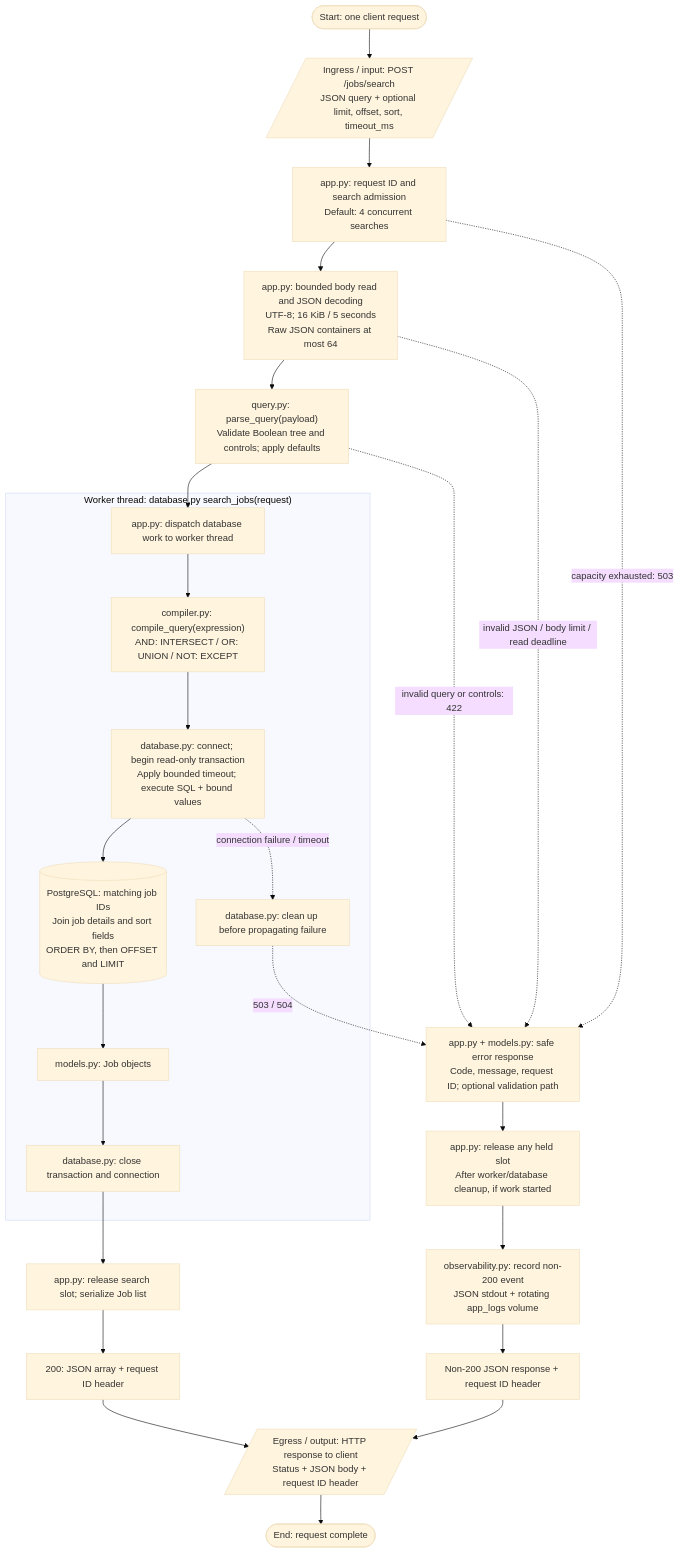
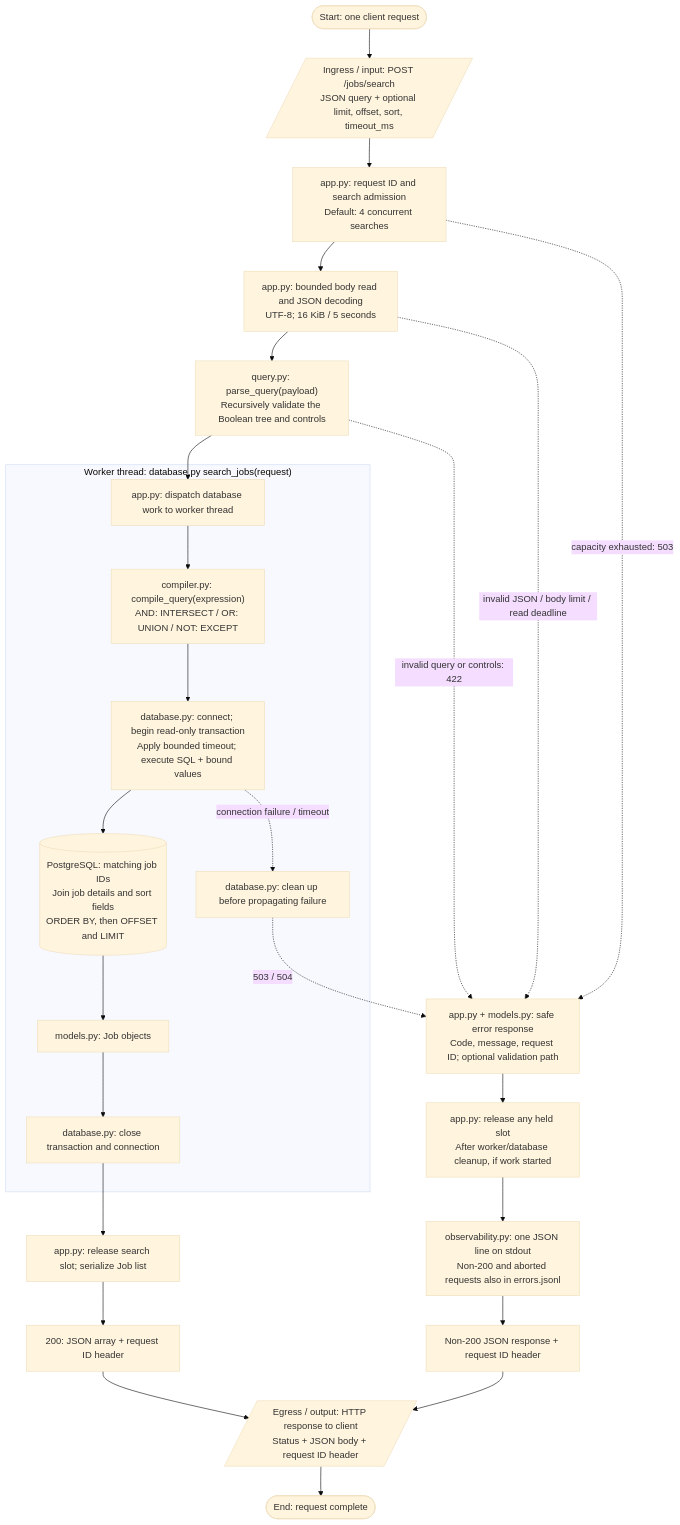
The diagram in docs/code-flow.md (XanderYoon/sumble-project), drawn with Mermaid (base theme) before and after one commit. The commit also changed other lines of this file and 5 other files, not shown here.

````diff
--- a/docs/code-flow.md
+++ b/docs/code-flow.md
@@ -7,31 +7,31 @@
 ```mermaid
 flowchart TD
     START(["Start: one client request"]) --> INPUT[/"Ingress / input: POST /jobs/search<br/>JSON query + optional limit, offset, sort, timeout_ms"/]
     INPUT --> A["app.py: request ID and search admission<br/>Default: 4 concurrent searches"]
-    A --> B["app.py: bounded body read and JSON decoding<br/>UTF-8; 16 KiB / 5 seconds<br/>Raw JSON containers at most 64"]
-    B --> Q["query.py: parse_query(payload)<br/>Validate Boolean tree and controls; apply defaults"]
+    A --> B["app.py: bounded body read and JSON decoding<br/>UTF-8; 16 KiB / 5 seconds"]
+    B --> Q["query.py: parse_query(payload)<br/>Recursively validate the Boolean tree and controls"]
     Q --> T["app.py: dispatch database work to worker thread"]
 
     subgraph W["Worker thread: database.py search_jobs(request)"]
         T --> K["compiler.py: compile_query(expression)<br/>AND: INTERSECT / OR: UNION / NOT: EXCEPT"]
         K --> SQL["database.py: connect; begin read-only transaction<br/>Apply bounded timeout; execute SQL + bound values"]
         SQL --> PG[("PostgreSQL: matching job IDs<br/>Join job details and sort fields<br/>ORDER BY, then OFFSET and LIMIT")]
         PG --> J["models.py: Job objects"]
         J --> CLEAN["database.py: close transaction and connection"]
         SQL -. "connection failure / timeout" .-> FAIL["database.py: clean up before propagating failure"]
     end
 
     CLEAN --> OK["app.py: release search slot; serialize Job list"]
     OK --> SUCCESS["200: JSON array + request ID header"]
     SUCCESS --> OUTPUT[/"Egress / output: HTTP response to client<br/>Status + JSON body + request ID header"/]
 
     A -. "capacity exhausted: 503" .-> E["app.py + models.py: safe error response<br/>Code, message, request ID; optional validation path"]
     B -. "invalid JSON / body limit / read deadline" .-> E
     Q -. "invalid query or controls: 422" .-> E
     FAIL -. "503 / 504" .-> E
     E --> RELEASE["app.py: release any held slot<br/>After worker/database cleanup, if work started"]
-    RELEASE --> LOG["observability.py: record non-200 event<br/>JSON stdout + rotating app_logs volume"]
+    RELEASE --> LOG["observability.py: one JSON line on stdout<br/>Non-200 and aborted requests also in errors.jsonl"]
     LOG --> ERROR["Non-200 JSON response + request ID header"]
     ERROR --> OUTPUT
     OUTPUT --> FINISH(["End: request complete"])
 ```
````
